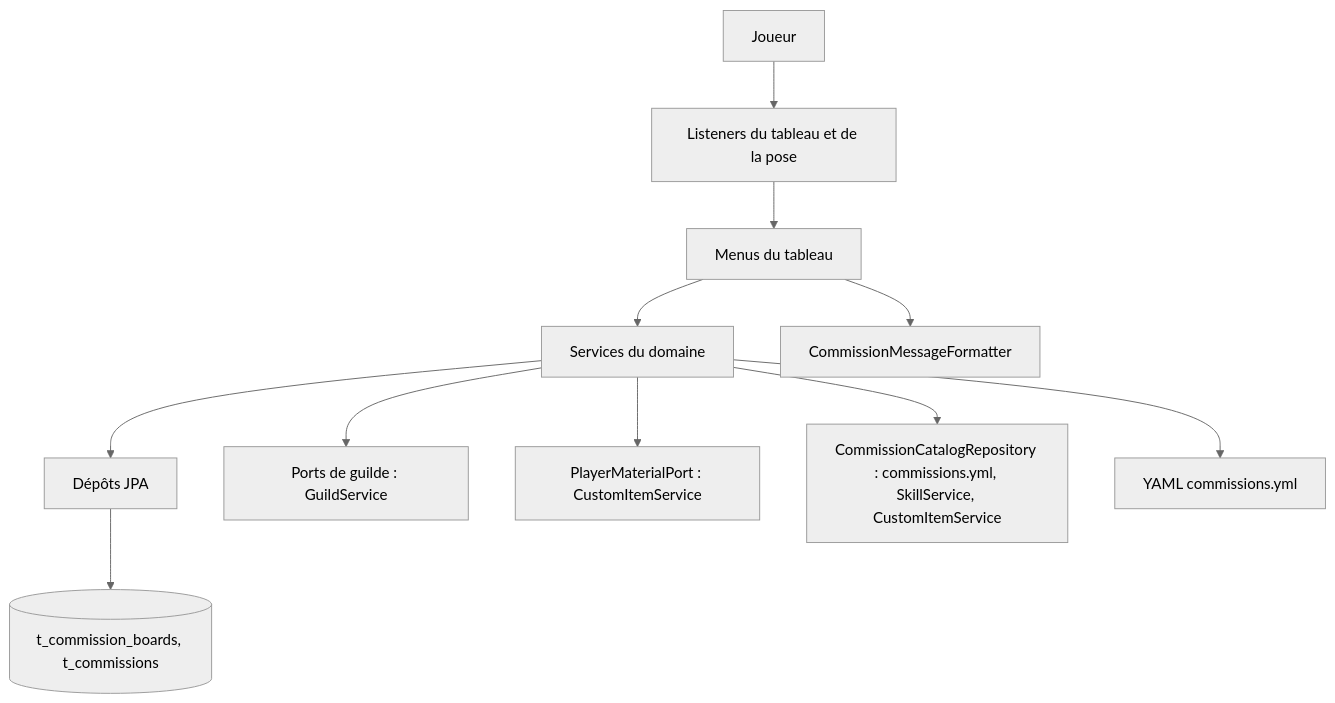
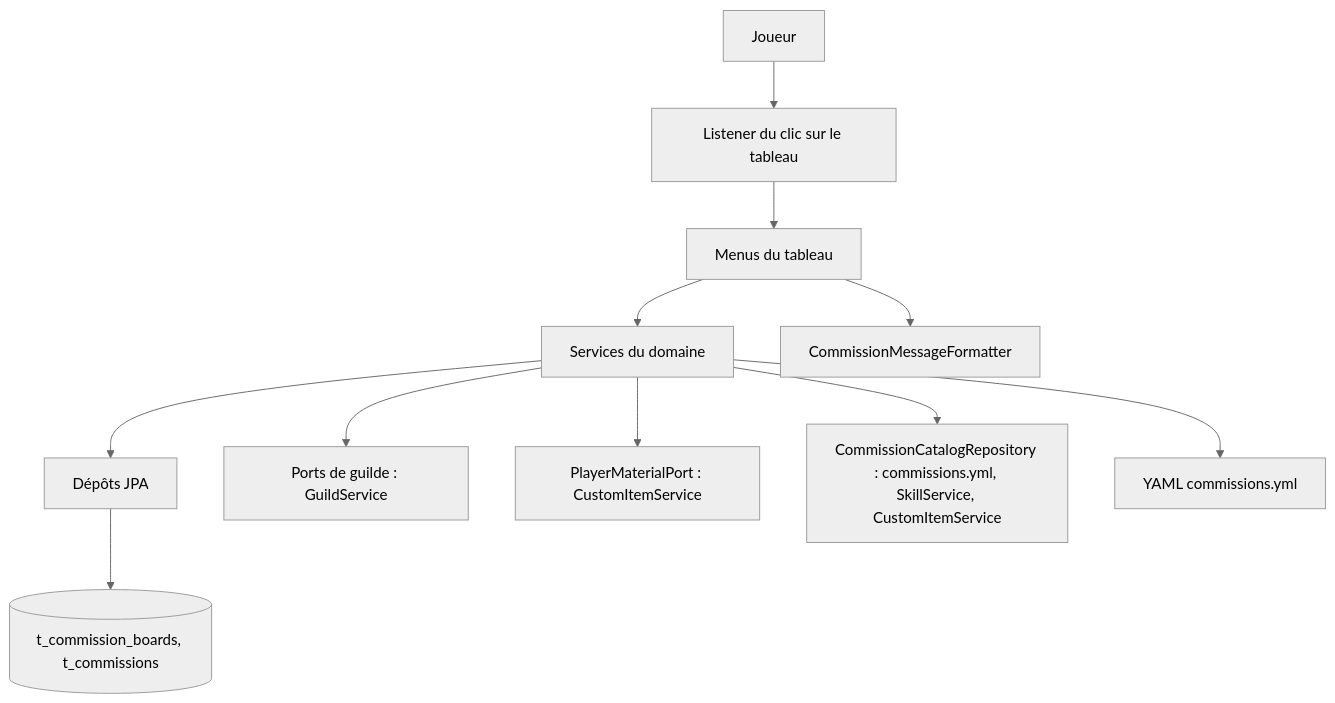
Before and after one commit to TesseractFR/TesseractSRP2: the diagram in commission-adapter/spec/commission-adapter.md, drawn with Mermaid (neutral theme). The commit also changed other lines of this file and 90 other files, not shown here.

````diff
--- a/commission-adapter/spec/commission-adapter.md
+++ b/commission-adapter/spec/commission-adapter.md
@@ -9,13 +9,13 @@
 ```mermaid
 flowchart TD
-    J[Joueur] --> L[Listeners du tableau et de la pose]
+    J[Joueur] --> L[Listener du clic sur le tableau]
     L --> M[Menus du tableau]
     M --> S[Services du domaine]
     S --> JPA[Dépôts JPA]
     JPA --> DB[(t_commission_boards, t_commissions)]
     S --> G[Ports de guilde : GuildService]
     S --> MAT[PlayerMaterialPort : CustomItemService]
     S --> CAT[CommissionCatalogRepository : commissions.yml, SkillService, CustomItemService]
     S --> CFG[YAML commissions.yml]
     M --> F[CommissionMessageFormatter]
 ```
````
